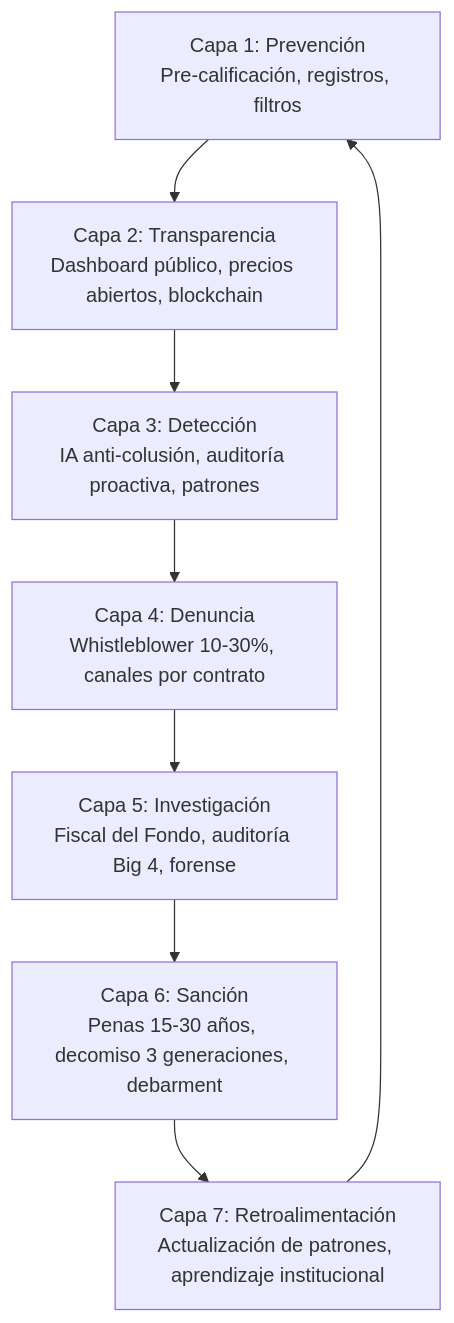
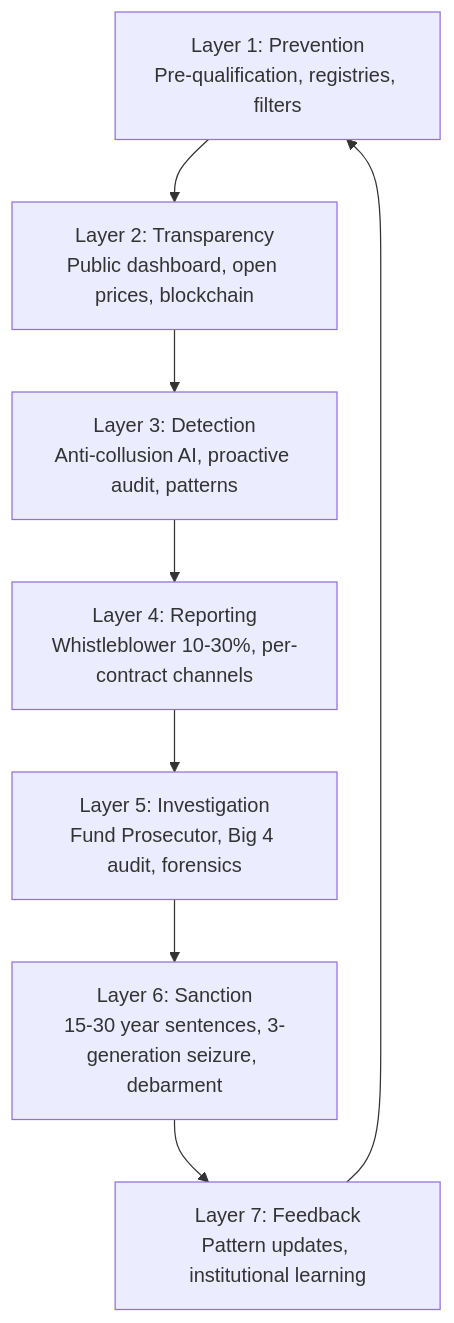
Before and after one commit to Venezuela-S-A/venezuela-sa: the third of 4 diagrams in i18n/en/docusaurus-plugin-content-docs/current/04-gobernanza/blindaje-integridad.md, drawn with Mermaid. The commit also changed other lines of this file and 127 other files, not shown here.

````diff
--- a/i18n/en/docusaurus-plugin-content-docs/current/04-gobernanza/blindaje-integridad.md
+++ b/i18n/en/docusaurus-plugin-content-docs/current/04-gobernanza/blindaje-integridad.md
@@ -320,10 +320,10 @@
 ```mermaid
 flowchart TB
-    A["Capa 1: Prevención<br/>Pre-calificación, registros, filtros"] --> B["Capa 2: Transparencia<br/>Dashboard público, precios abiertos, blockchain"]
-    B --> C["Capa 3: Detección<br/>IA anti-colusión, auditoría proactiva, patrones"]
-    C --> D["Capa 4: Denuncia<br/>Whistleblower 10-30%, canales por contrato"]
-    D --> E["Capa 5: Investigación<br/>Fiscal del Fondo, auditoría Big 4, forense"]
-    E --> F["Capa 6: Sanción<br/>Penas 15-30 años, decomiso 3 generaciones, debarment"]
-    F --> G["Capa 7: Retroalimentación<br/>Actualización de patrones, aprendizaje institucional"]
+    A["Layer 1: Prevention<br/>Pre-qualification, registries, filters"] --> B["Layer 2: Transparency<br/>Public dashboard, open prices, blockchain"]
+    B --> C["Layer 3: Detection<br/>Anti-collusion AI, proactive audit, patterns"]
+    C --> D["Layer 4: Reporting<br/>Whistleblower 10-30%, per-contract channels"]
+    D --> E["Layer 5: Investigation<br/>Fund Prosecutor, Big 4 audit, forensics"]
+    E --> F["Layer 6: Sanction<br/>15-30 year sentences, 3-generation seizure, debarment"]
+    F --> G["Layer 7: Feedback<br/>Pattern updates, institutional learning"]
     G --> A
 ```
````
